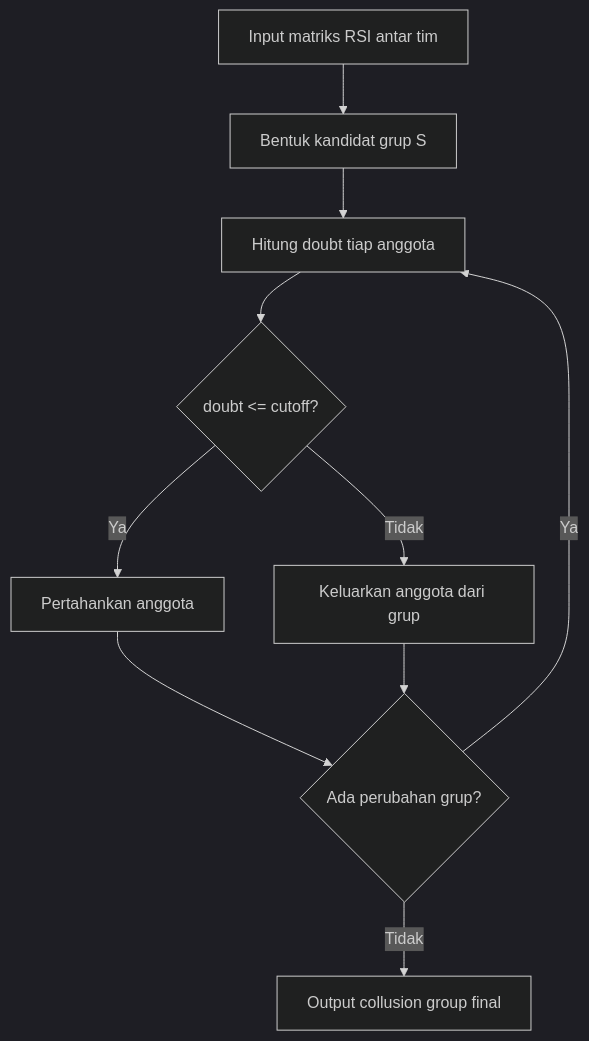
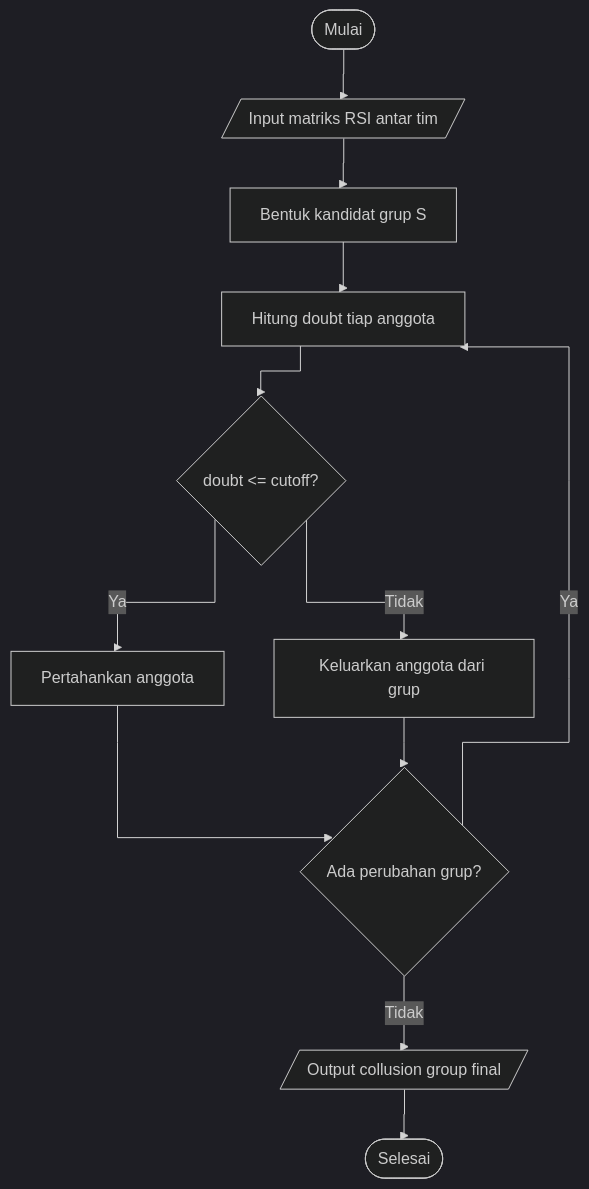
One commit to dimasma0305/proposal-skripsi changed the eighth of 10 diagrams in index.qmd. Above: the diagram before and after it, drawn with Mermaid (dark theme). The commit also changed other lines of this file and 1 other file, not shown here.

Commit message:
docs: Add detailed explanations for mathematical formulas and refine Mermaid diagram styling and structure.

````diff
--- a/index.qmd
+++ b/index.qmd
@@ -488,14 +607,17 @@
 ```{mermaid}
 %%| fig-cap: "Flowchart Confidence Screening Detector (CSD)"
 %%| label: fig-flow-csd
+%%{init: {"flowchart": {"curve": "stepBefore"}}}%%
 flowchart TD
-    A[Input matriks RSI antar tim] --> B[Bentuk kandidat grup S]
+    Start([Mulai]) --> A[/Input matriks RSI antar tim/]
+    A --> B[Bentuk kandidat grup S]
     B --> C[Hitung doubt tiap anggota]
     C --> D{doubt <= cutoff?}
     D -- Ya --> E[Pertahankan anggota]
     D -- Tidak --> F[Keluarkan anggota dari grup]
     E --> G{Ada perubahan grup?}
     F --> G
     G -- Ya --> C
-    G -- Tidak --> H[Output collusion group final]
+    G -- Tidak --> H[/Output collusion group final/]
+    H --> End([Selesai])
 ```
````
